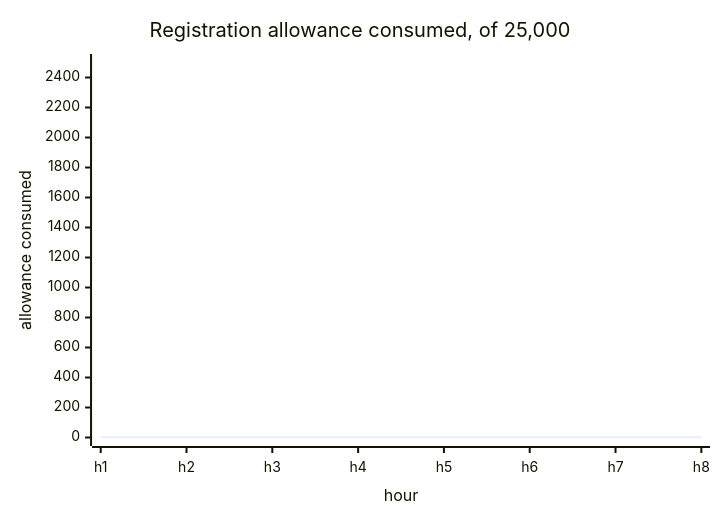
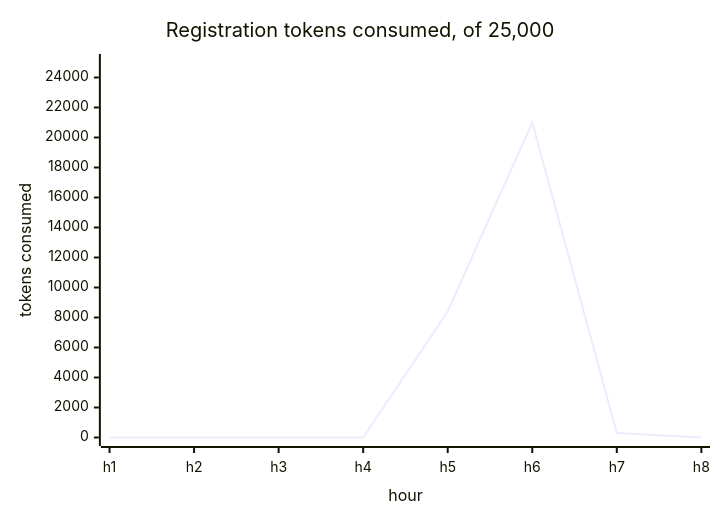
The fourth of 7 diagrams in docs/ongoing/metrics-dashboards/health.md (dfinity/internet-identity), drawn with Mermaid before and after one commit. The commit also changed other lines of this file and 6 other files, not shown here.

````diff
--- a/docs/ongoing/metrics-dashboards/health.md
+++ b/docs/ongoing/metrics-dashboards/health.md
@@ -55,7 +112,7 @@
 ```mermaid
 xychart-beta
-  title "Registration allowance consumed, of 25,000"
+  title "Registration tokens consumed, of 25,000"
   x-axis "hour" [h1, h2, h3, h4, h5, h6, h7, h8]
-  y-axis "allowance consumed" 0 --> 2500
-  line [1, 1, 2, 1, 1, 2, 1, 1]
+  y-axis "tokens consumed" 0 --> 25000
+  line [1, 1, 2, 1, 8400, 21000, 300, 1]
 ```
````
